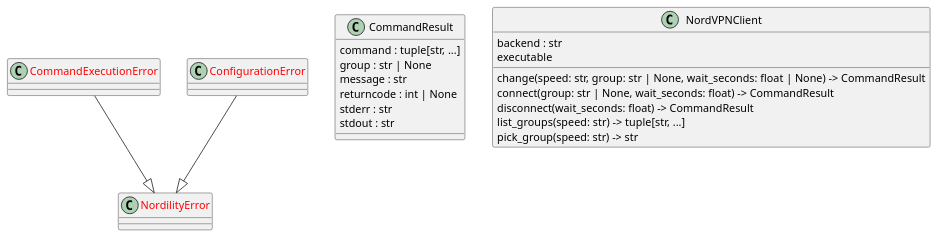
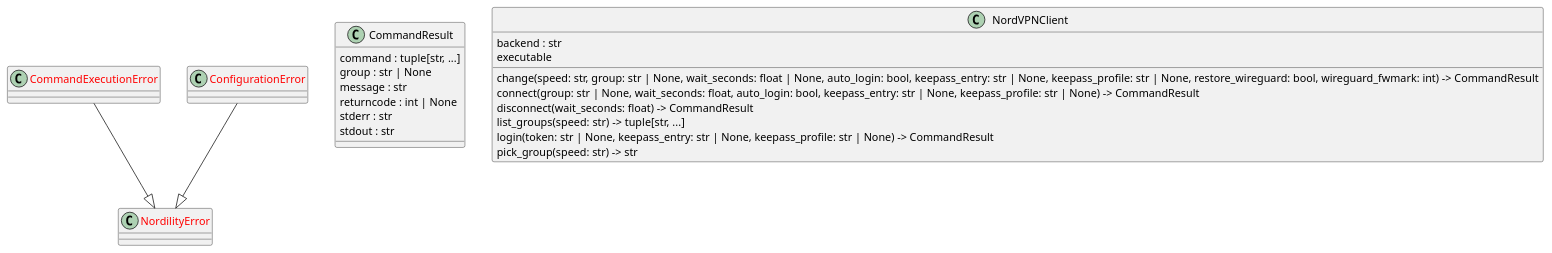
The diagram in docs/diagrams/python-classes.puml (casonk/nordility), drawn with PlantUML before and after one commit. The commit also changed 13 other files, not shown here.

```diff
--- a/docs/diagrams/python-classes.puml
+++ b/docs/diagrams/python-classes.puml
@@ -1,28 +1,29 @@
 @startuml classes_nordility
 set namespaceSeparator none
-class "<color:red>CommandExecutionError</color>" as nordility.client.CommandExecutionError {
+class "<color:red>CommandExecutionError</color>" as src.nordility.client.CommandExecutionError {
 }
-class "CommandResult" as nordility.client.CommandResult {
+class "CommandResult" as src.nordility.client.CommandResult {
   command : tuple[str, ...]
   group : str | None
   message : str
   returncode : int | None
   stderr : str
   stdout : str
 }
-class "<color:red>ConfigurationError</color>" as nordility.client.ConfigurationError {
+class "<color:red>ConfigurationError</color>" as src.nordility.client.ConfigurationError {
 }
-class "NordVPNClient" as nordility.client.NordVPNClient {
+class "NordVPNClient" as src.nordility.client.NordVPNClient {
   backend : str
   executable
-  change(speed: str, group: str | None, wait_seconds: float | None) -> CommandResult
-  connect(group: str | None, wait_seconds: float) -> CommandResult
+  change(speed: str, group: str | None, wait_seconds: float | None, auto_login: bool, keepass_entry: str | None, keepass_profile: str | None, restore_wireguard: bool, wireguard_fwmark: int) -> CommandResult
+  connect(group: str | None, wait_seconds: float, auto_login: bool, keepass_entry: str | None, keepass_profile: str | None) -> CommandResult
   disconnect(wait_seconds: float) -> CommandResult
   list_groups(speed: str) -> tuple[str, ...]
+  login(token: str | None, keepass_entry: str | None, keepass_profile: str | None) -> CommandResult
   pick_group(speed: str) -> str
 }
-class "<color:red>NordilityError</color>" as nordility.client.NordilityError {
+class "<color:red>NordilityError</color>" as src.nordility.client.NordilityError {
 }
-nordility.client.CommandExecutionError --|> nordility.client.NordilityError
-nordility.client.ConfigurationError --|> nordility.client.NordilityError
+src.nordility.client.CommandExecutionError --|> src.nordility.client.NordilityError
+src.nordility.client.ConfigurationError --|> src.nordility.client.NordilityError
 @enduml
```
